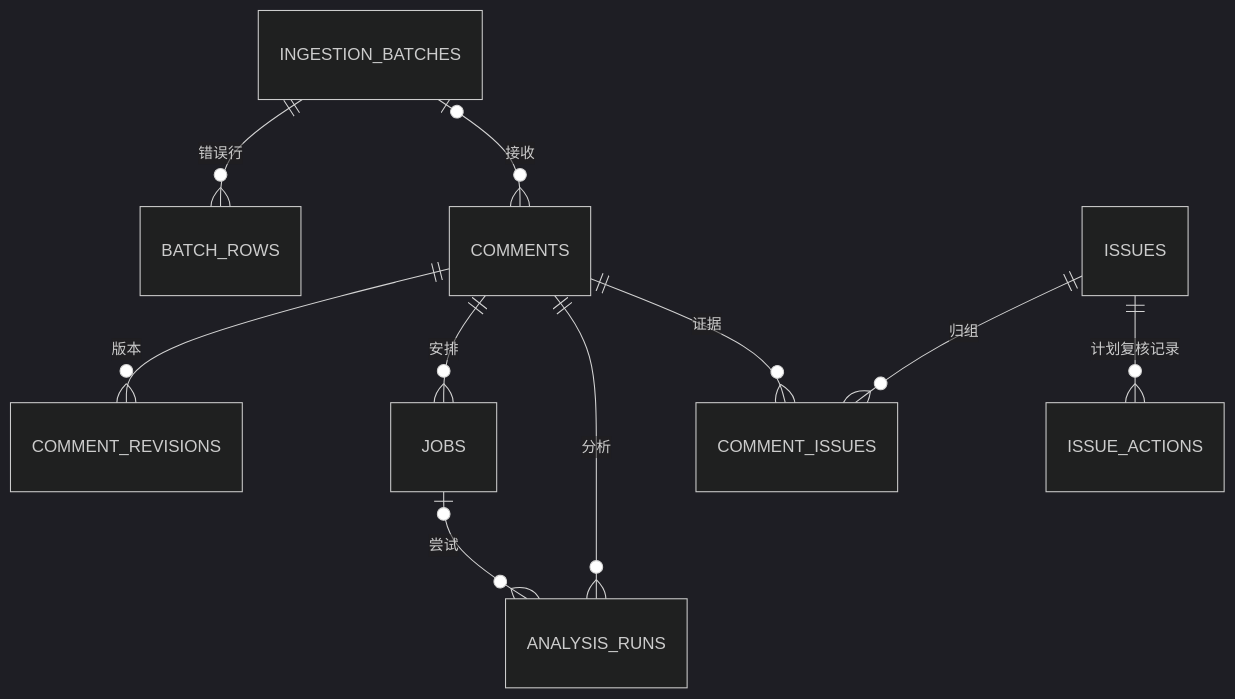
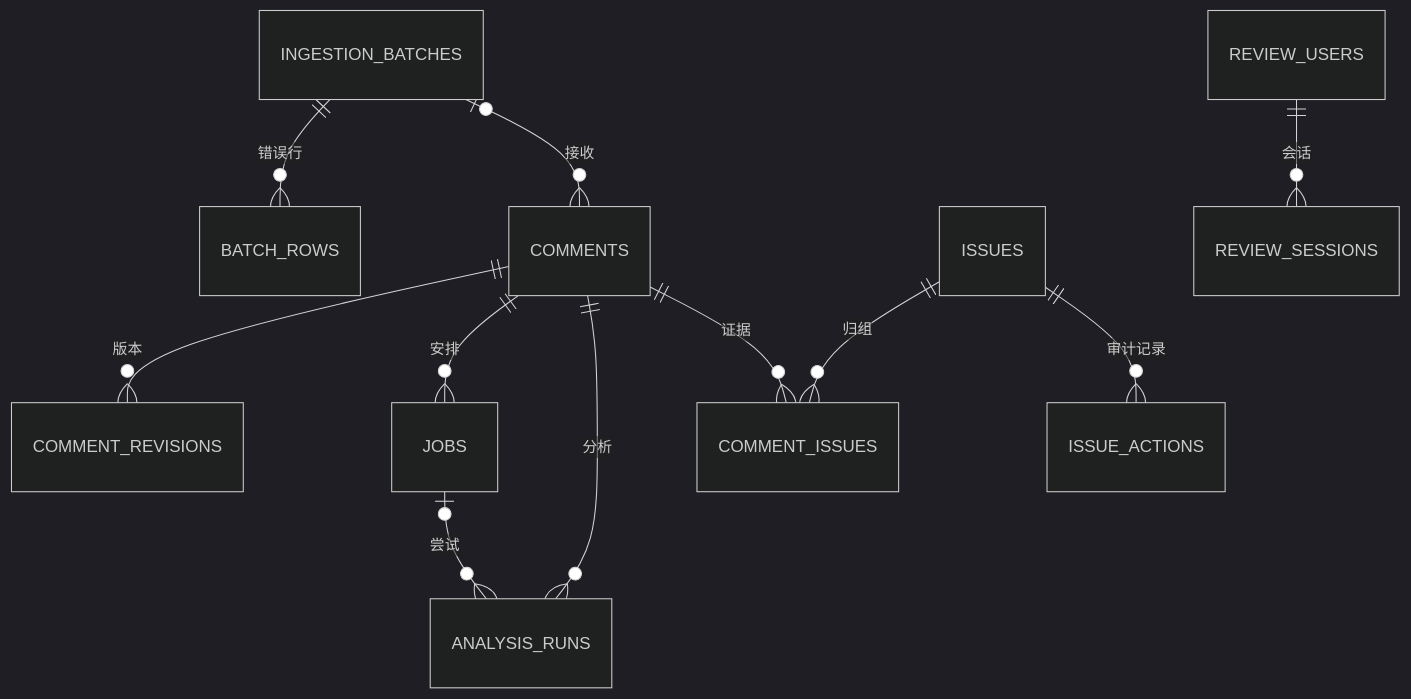
The fifth of 6 diagrams in docs/architecture.md (Fei-stack-wq/maie6000c-PRI), drawn with Mermaid (dark theme) before and after one commit. The commit also changed other lines of this file and 10 other files, not shown here.

Commit message:
Fix documentation access and verify authenticated review flow

````diff
--- a/docs/architecture.md
+++ b/docs/architecture.md
@@ -202,12 +213,13 @@
 ```mermaid
 erDiagram
     INGESTION_BATCHES ||--o{ BATCH_ROWS : 错误行
     INGESTION_BATCHES |o--o{ COMMENTS : 接收
     COMMENTS ||--o{ COMMENT_REVISIONS : 版本
     COMMENTS ||--o{ JOBS : 安排
     JOBS |o--o{ ANALYSIS_RUNS : 尝试
     COMMENTS ||--o{ ANALYSIS_RUNS : 分析
     COMMENTS ||--o{ COMMENT_ISSUES : 证据
     ISSUES ||--o{ COMMENT_ISSUES : 归组
-    ISSUES ||--o{ ISSUE_ACTIONS : 计划复核记录
+    ISSUES ||--o{ ISSUE_ACTIONS : 审计记录
+    REVIEW_USERS ||--o{ REVIEW_SESSIONS : 会话
 ```
````
